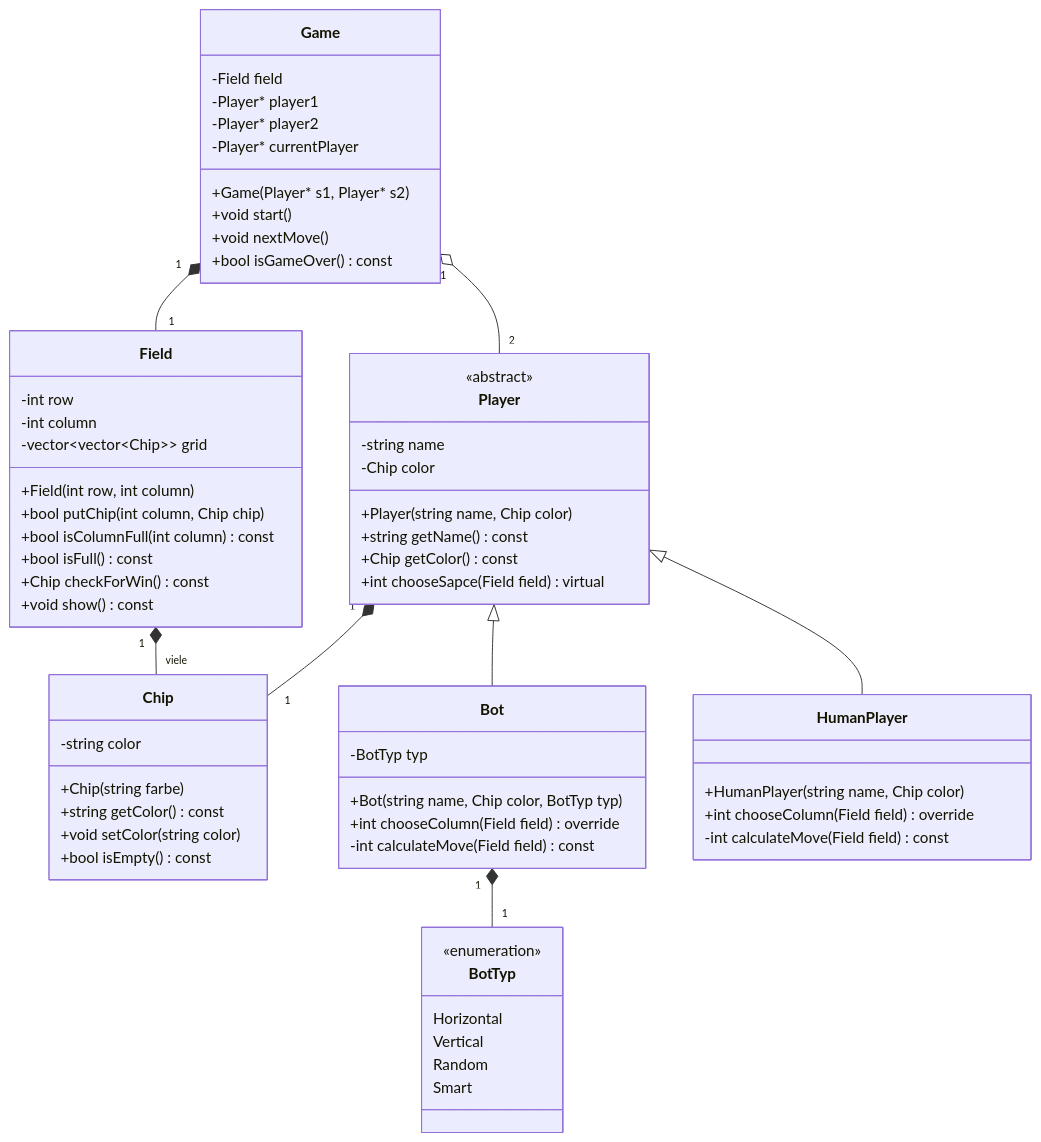
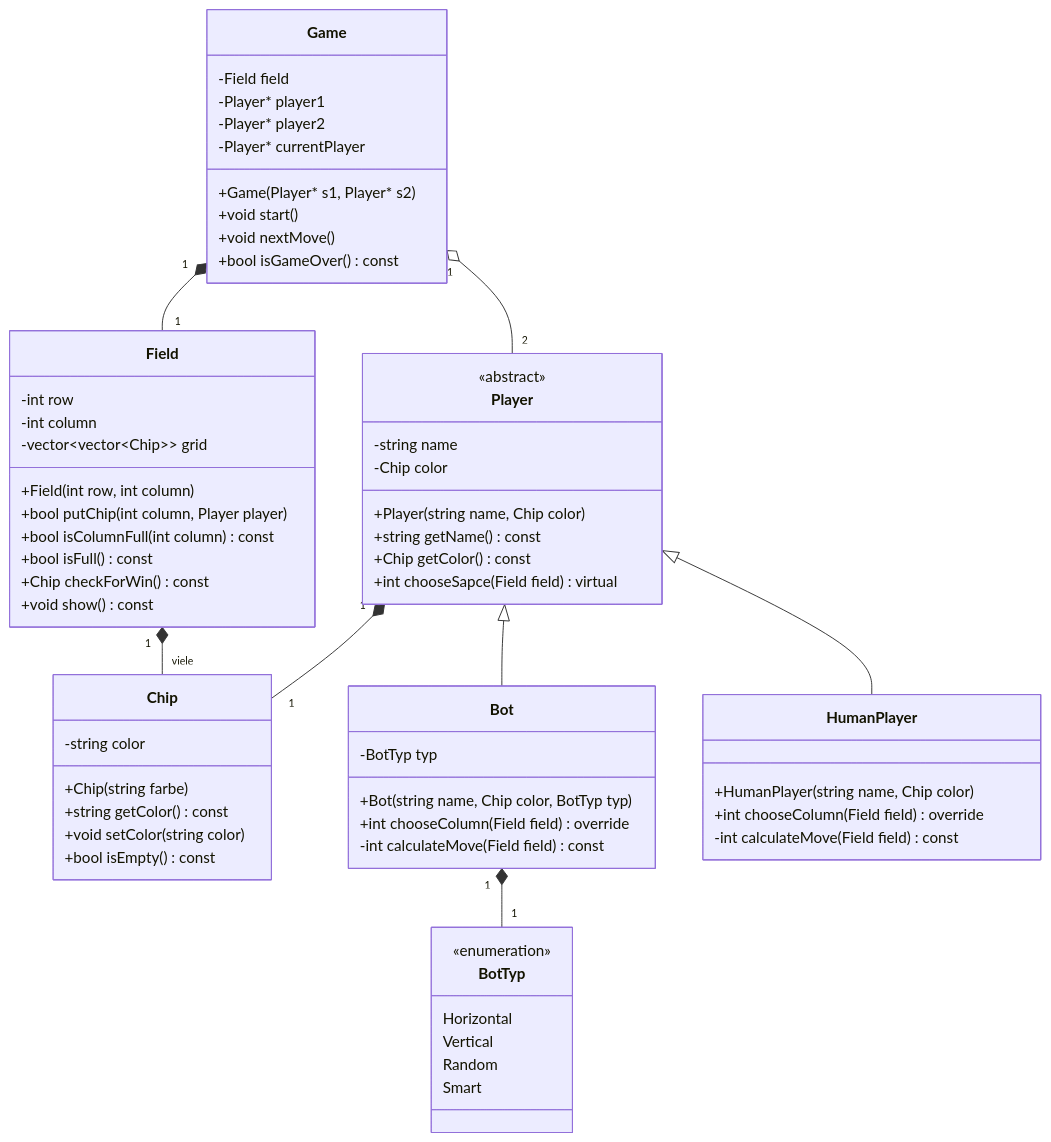
Before and after one commit to Ehnalk/ProbeProjektCpp: the diagram in docu/uml.md, drawn with Mermaid. The commit also changed 4 other files, not shown here.

````diff
--- a/docu/uml.md
+++ b/docu/uml.md
@@ -1,73 +1,73 @@
 ```mermaid
 classDiagram
     class Chip {
         -string color
         +Chip(string farbe)
         +string getColor() const
         +void setColor(string color)
         +bool isEmpty() const
     }
 
     class Field {
         -int row
         -int column
         -vector~vector~Chip~~ grid
         +Field(int row, int column)
-        +bool putChip(int column, Chip chip)
+        +bool putChip(int column, Player player)
         +bool isColumnFull(int column) const
         +bool isFull() const
         +Chip checkForWin() const
         +void show() const
     }
 
     class Player {
         <<abstract>>
         -string name
         -Chip color
         +Player(string name, Chip color)
         +string getName() const
         +Chip getColor() const
         +int chooseSapce(Field field) virtual
     }
 
     class BotTyp {
         <<enumeration>>
         Horizontal
         Vertical
         Random
         Smart
     }
 
     class Bot {
         -BotTyp typ
         +Bot(string name, Chip color, BotTyp typ)
         +int chooseColumn(Field field) override
         -int calculateMove(Field field) const
     }
 
         class HumanPlayer {
         +HumanPlayer(string name, Chip color)
         +int chooseColumn(Field field) override
         -int calculateMove(Field field) const
     }
 
     class Game {
         -Field field
         -Player* player1
         -Player* player2
         -Player* currentPlayer
         +Game(Player* s1, Player* s2)
         +void start()
         +void nextMove()
         +bool isGameOver() const
     }
 
     Player <|-- Bot
     Player <|-- HumanPlayer
     Player "1" *-- "1" Chip
     Field "1" *-- "viele" Chip
     Bot "1" *-- "1" BotTyp
     Game "1" *-- "1" Field
     Game "1" o-- "2" Player
 
 ```
````
